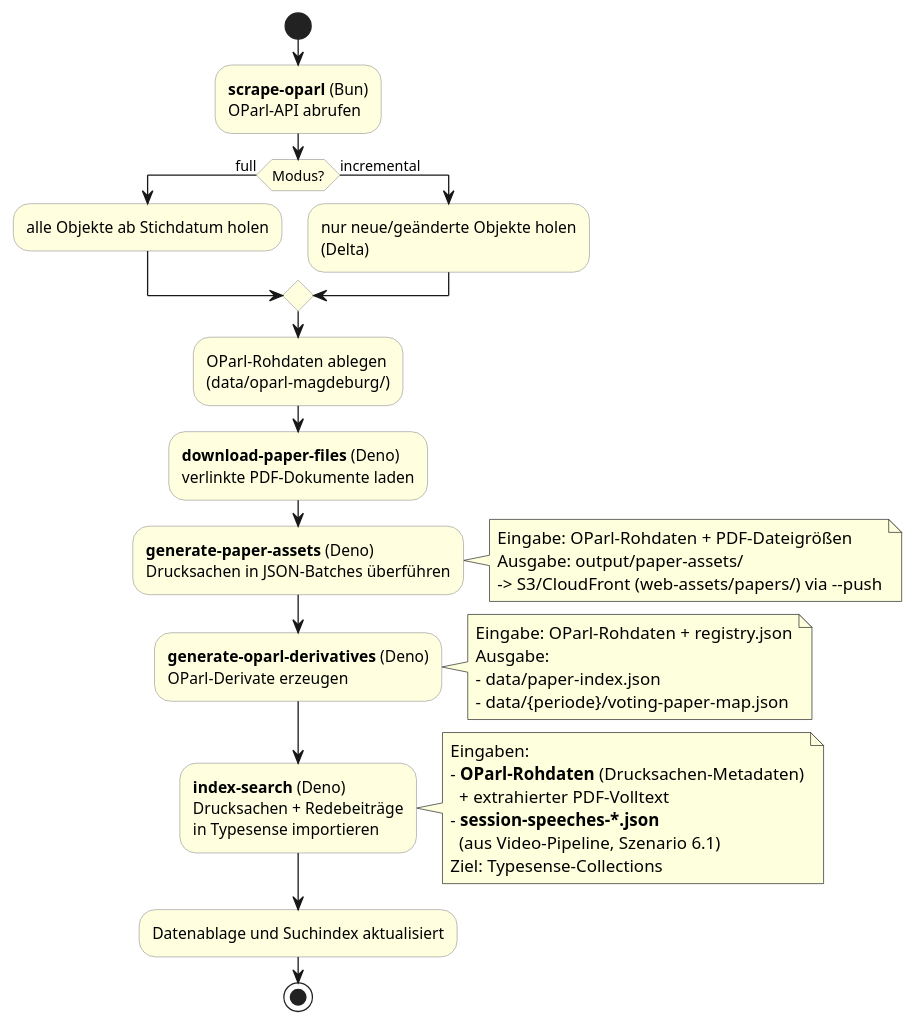
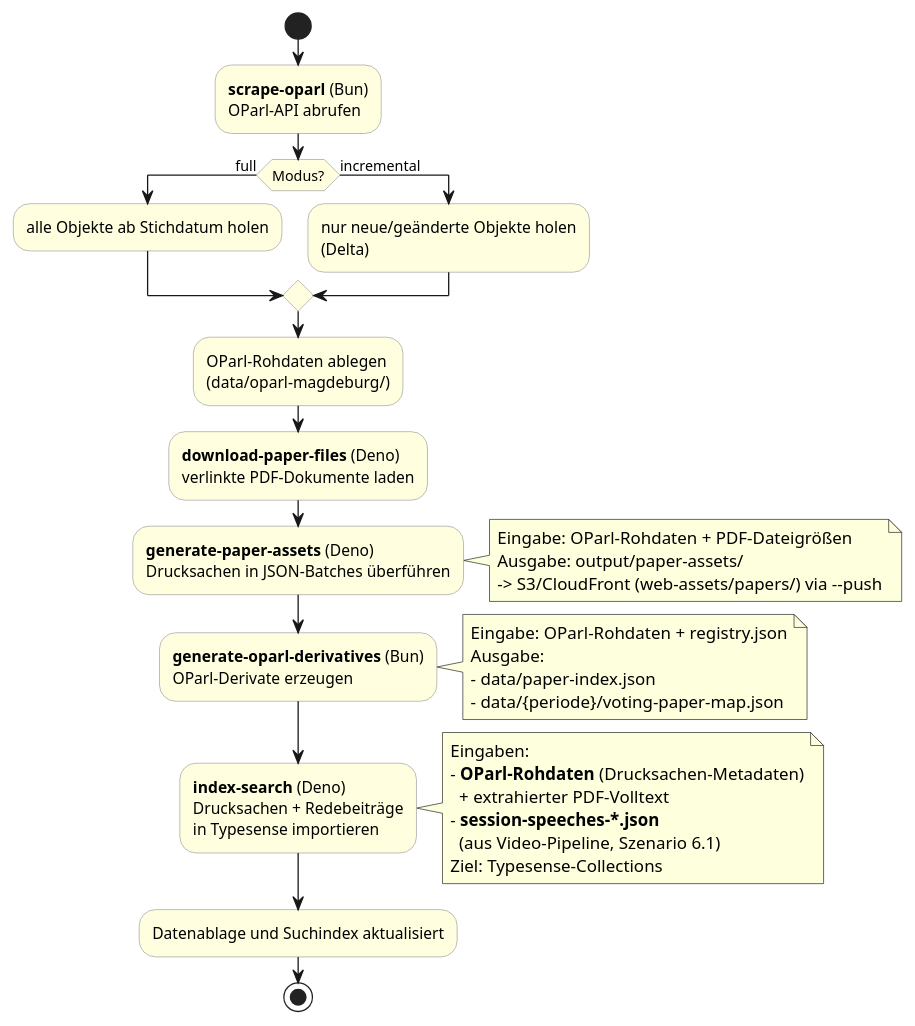
Before and after one commit to ungeschneuer/StadtratWatch-Leipzig: the diagram in docs/arc42/06-laufzeitsicht/02-oparl-ingestion.adoc, drawn with PlantUML. The commit also changed 15 other files, not shown here.

First line of the commit message:
feat(generate-oparl-derivatives): move generate-oparl-derivatives to Bun (#563) (#582)

```diff
--- a/docs/arc42/06-laufzeitsicht/02-oparl-ingestion.adoc
+++ b/docs/arc42/06-laufzeitsicht/02-oparl-ingestion.adoc
@@ -27,47 +27,47 @@
 [plantuml,lz-oparl-ingestion,svg]
 ....
 @startuml
 skinparam shadowing false
 skinparam activity {
   BackgroundColor #lightyellow
   BorderColor #999999
 }
 
 start
 :**scrape-oparl** (Bun)\nOParl-API abrufen;
 if (Modus?) then (full)
   :alle Objekte ab Stichdatum holen;
 else (incremental)
   :nur neue/geänderte Objekte holen\n(Delta);
 endif
 :OParl-Rohdaten ablegen\n(data/oparl-magdeburg/);
 
 :**download-paper-files** (Deno)\nverlinkte PDF-Dokumente laden;
 :**generate-paper-assets** (Deno)\nDrucksachen in JSON-Batches überführen;
 note right
   Eingabe: OParl-Rohdaten + PDF-Dateigrößen
   Ausgabe: output/paper-assets/
   -> S3/CloudFront (web-assets/papers/) via --push
 end note
 
-:**generate-oparl-derivatives** (Deno)\nOParl-Derivate erzeugen;
+:**generate-oparl-derivatives** (Bun)\nOParl-Derivate erzeugen;
 note right
   Eingabe: OParl-Rohdaten + registry.json
   Ausgabe:
   - data/paper-index.json
   - data/{periode}/voting-paper-map.json
 end note
 
 :**index-search** (Deno)\nDrucksachen + Redebeiträge\nin Typesense importieren;
 note right
   Eingaben:
   - **OParl-Rohdaten** (Drucksachen-Metadaten)
     + extrahierter PDF-Volltext
   - **session-speeches-*.json**
     (aus Video-Pipeline, Szenario 6.1)
   Ziel: Typesense-Collections
 end note
 :Datenablage und Suchindex aktualisiert;
 stop
 @enduml
 ....
```
